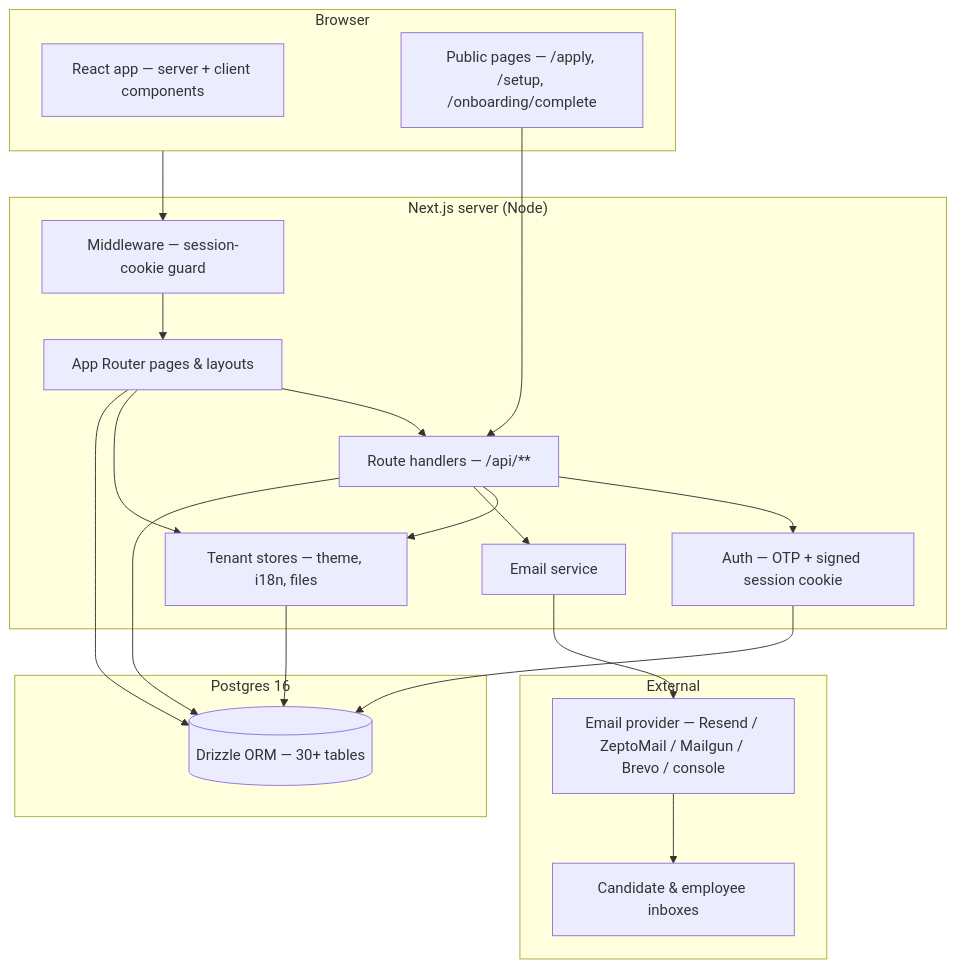
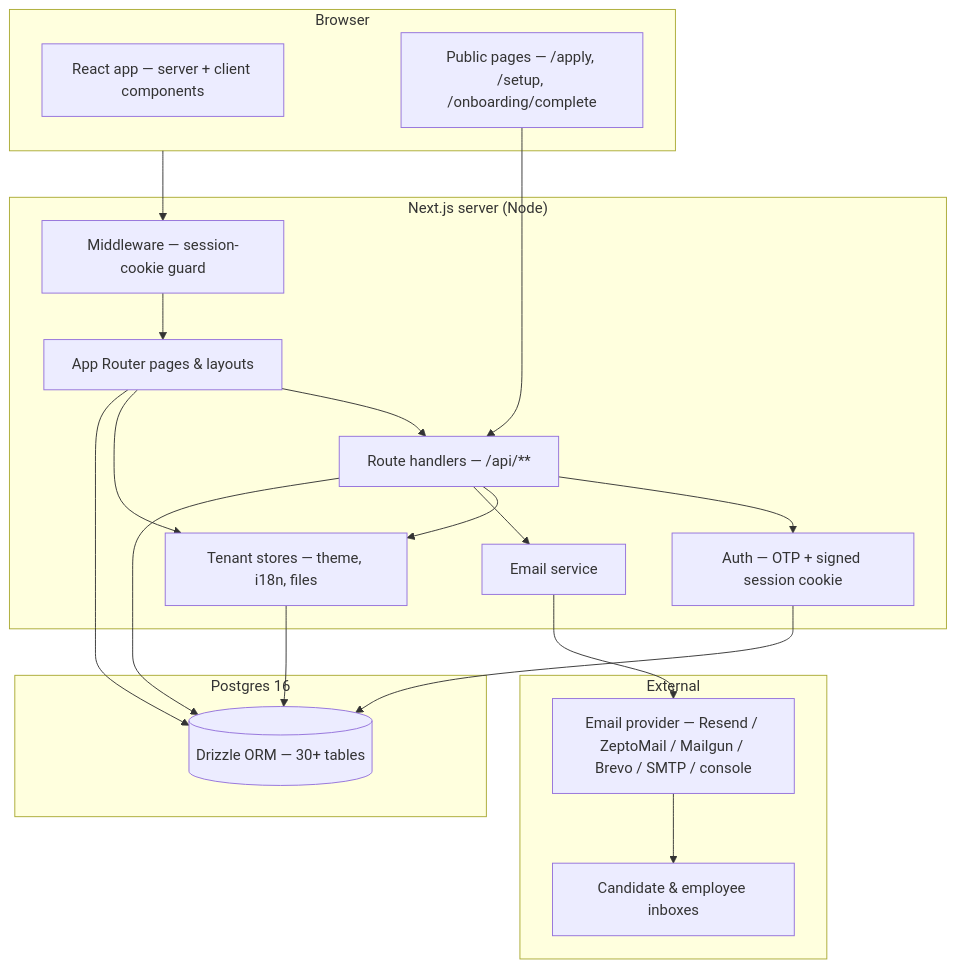
One commit to kimolalekan/gente-hr changed the first of 2 diagrams in docs.md. Above: the diagram before and after it, drawn with Mermaid. The commit also changed other lines of this file and 14 other files, not shown here.

First line of the commit message:
Add SMTP email provider support

````diff
--- a/docs.md
+++ b/docs.md
@@ -15,40 +15,40 @@
 ```mermaid
 flowchart TB
     subgraph Browser["Browser"]
         RSC["React app — server + client components"]
         Public["Public pages — /apply, /setup, /onboarding/complete"]
     end
 
     subgraph Next["Next.js server (Node)"]
         MW["Middleware — session-cookie guard"]
         Pages["App Router pages & layouts"]
         API["Route handlers — /api/**"]
         AuthSvc["Auth — OTP + signed session cookie"]
         Stores["Tenant stores — theme, i18n, files"]
         Mail["Email service"]
     end
 
     subgraph Data["Postgres 16"]
         DB[("Drizzle ORM — 30+ tables")]
     end
 
     subgraph External["External"]
-        Provider["Email provider — Resend / ZeptoMail / Mailgun / Brevo / console"]
+        Provider["Email provider — Resend / ZeptoMail / Mailgun / Brevo / SMTP / console"]
         Inbox["Candidate & employee inboxes"]
     end
 
     Browser --> MW
     MW --> Pages
     Public --> API
     Pages --> API
     API --> AuthSvc
     API --> Stores
     API --> Mail
     Pages --> Stores
     API --> DB
     Pages --> DB
     Stores --> DB
     AuthSvc --> DB
     Mail --> Provider
     Provider --> Inbox
 ```
````
